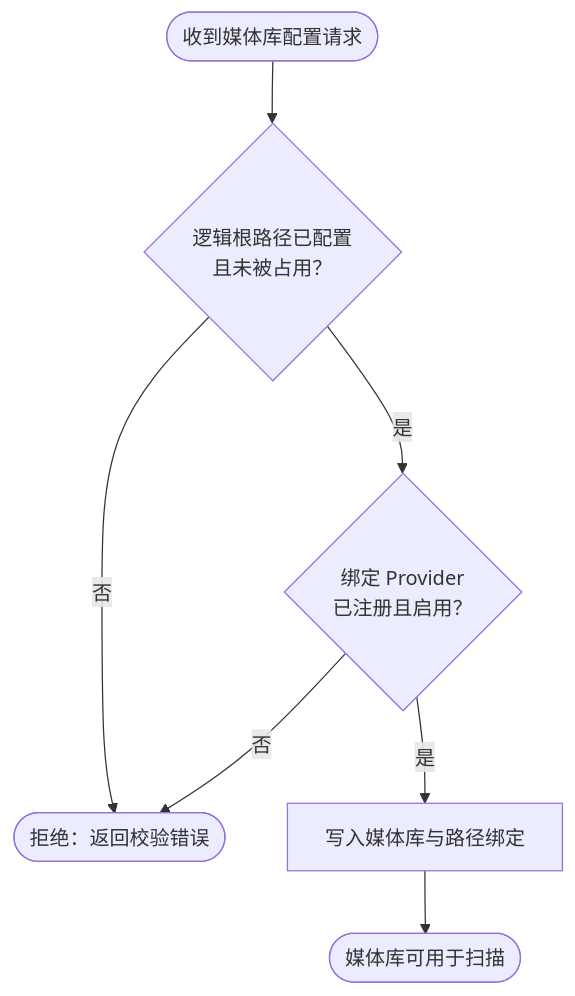
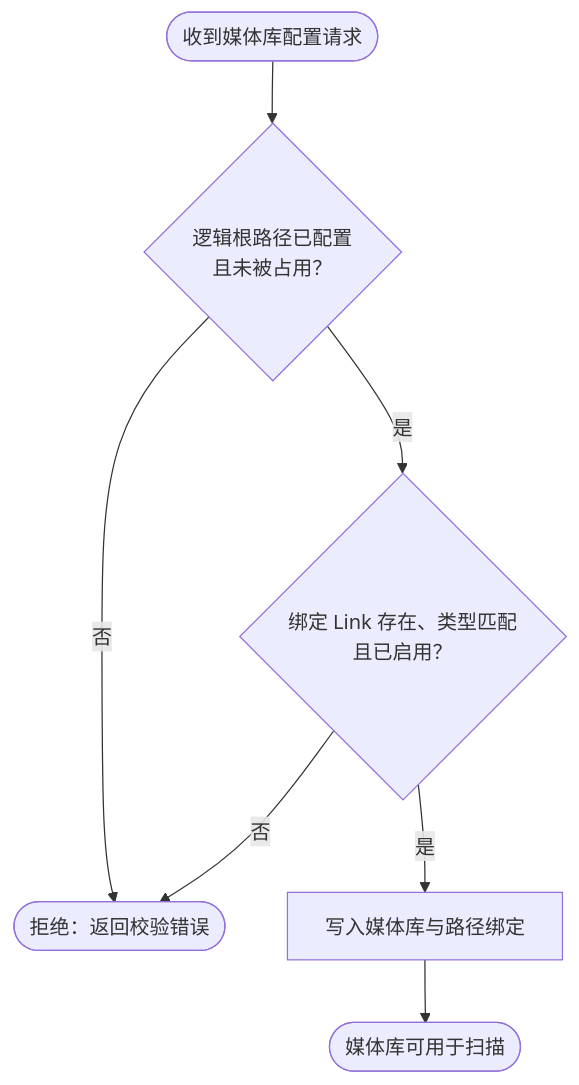
One commit to yunjies/knowledge-base changed the fourth of 19 diagrams in assets/projects/home-media-pilot/feature-flow.md. Above: the diagram before and after it, drawn with Mermaid. The commit also changed other lines of this file and 1 other file, not shown here.

Commit message:
docs: archive HMP provider type links request

````diff
--- a/assets/projects/home-media-pilot/feature-flow.md
+++ b/assets/projects/home-media-pilot/feature-flow.md
@@ -255,9 +255,9 @@
 ```mermaid
 flowchart TD
     START_CFG(["收到媒体库配置请求"]) --> VALIDATE_ROOTS{"逻辑根路径已配置<br/>且未被占用？"}
     VALIDATE_ROOTS -- 否 --> REJECT_CFG(["拒绝：返回校验错误"])
-    VALIDATE_ROOTS -- 是 --> VALIDATE_PROVIDERS{"绑定 Provider<br/>已注册且启用？"}
+    VALIDATE_ROOTS -- 是 --> VALIDATE_PROVIDERS{"绑定 Link 存在、类型匹配<br/>且已启用？"}
     VALIDATE_PROVIDERS -- 否 --> REJECT_CFG
     VALIDATE_PROVIDERS -- 是 --> PERSIST_LIBRARY["写入媒体库与路径绑定"]
     PERSIST_LIBRARY --> CFG_DONE(["媒体库可用于扫描"])
 ```
````
